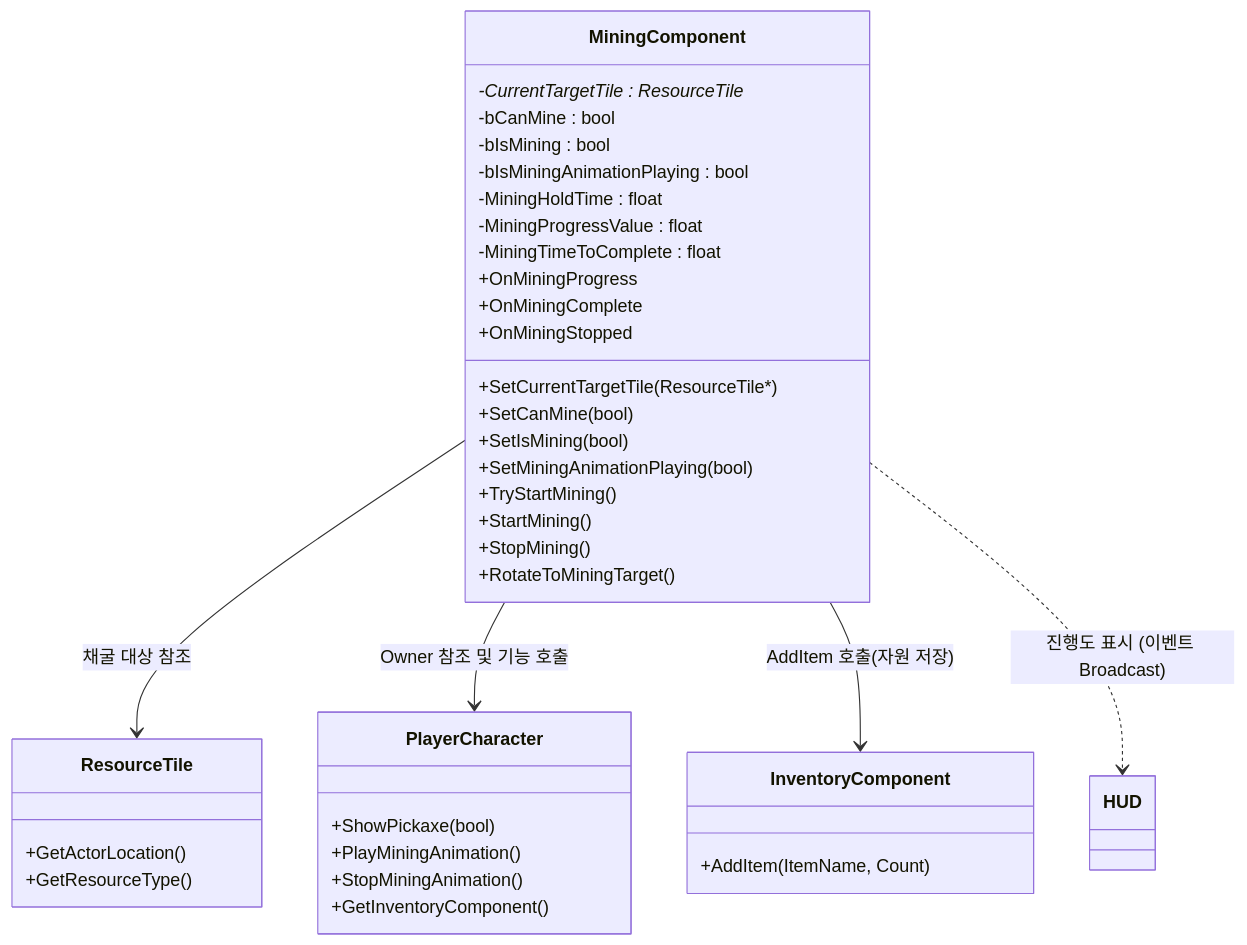
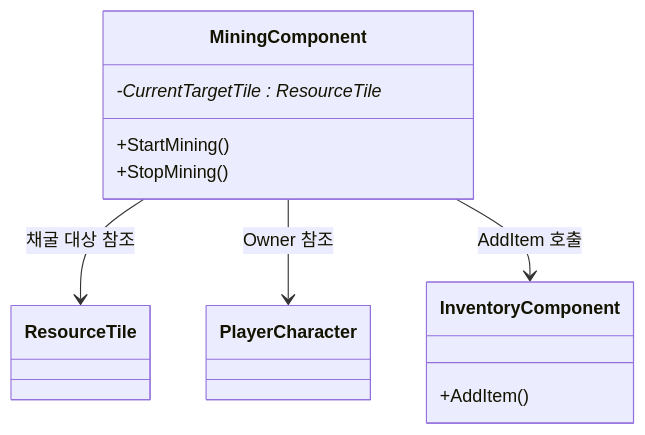
Before and after one commit to WJMcode/MBFactorio: the first of 3 diagrams in README.md, drawn with Mermaid.

````diff
--- a/README.md
+++ b/README.md
@@ -1,44 +1,20 @@
 ```mermaid
 classDiagram
 class MiningComponent {
     -CurrentTargetTile : ResourceTile*
-    -bCanMine : bool
-    -bIsMining : bool
-    -bIsMiningAnimationPlaying : bool
-    -MiningHoldTime : float
-    -MiningProgressValue : float
-    -MiningTimeToComplete : float
-    +SetCurrentTargetTile(ResourceTile*)
-    +SetCanMine(bool)
-    +SetIsMining(bool)
-    +SetMiningAnimationPlaying(bool)
-    +TryStartMining()
     +StartMining()
     +StopMining()
-    +RotateToMiningTarget()
-    +OnMiningProgress
-    +OnMiningComplete
-    +OnMiningStopped
 }
 
-class ResourceTile {
-    +GetActorLocation()
-    +GetResourceType()
-}
+class ResourceTile
 
-class PlayerCharacter {
-    +ShowPickaxe(bool)
-    +PlayMiningAnimation()
-    +StopMiningAnimation()
-    +GetInventoryComponent()
-}
+class PlayerCharacter
 
 class InventoryComponent {
-    +AddItem(ItemName, Count)
+    +AddItem()
 }
 
 MiningComponent --> ResourceTile : 채굴 대상 참조
-MiningComponent --> PlayerCharacter : Owner 참조 및 기능 호출
-MiningComponent --> InventoryComponent : AddItem 호출(자원 저장)
-MiningComponent ..> HUD : 진행도 표시 (이벤트 Broadcast)
+MiningComponent --> PlayerCharacter : Owner 참조
+MiningComponent --> InventoryComponent : AddItem 호출
 ```
````
